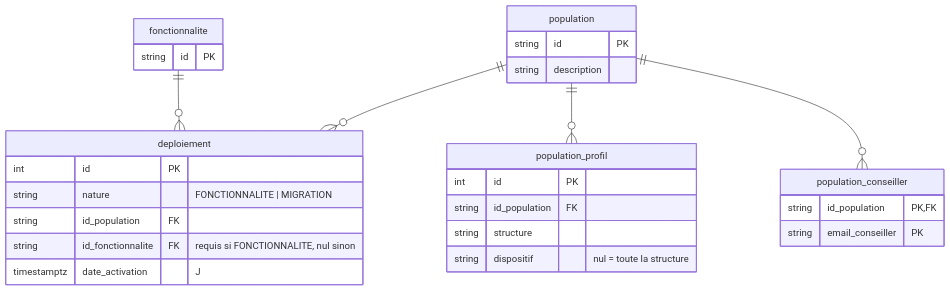
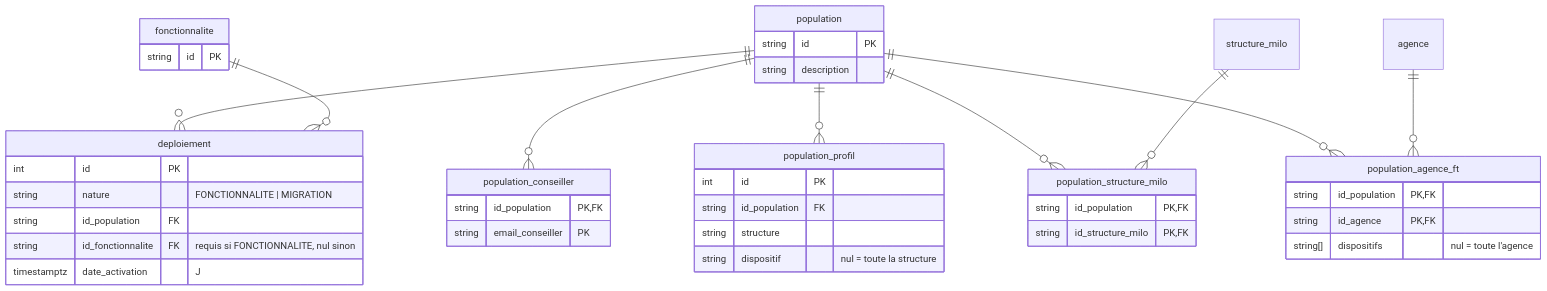
The diagram in docs/decisions/ADR-006-deploiements-fonctionnalites-migrations.md (France-Travail/pass-emploi-api), drawn with Mermaid before and after one commit. The commit also changed other lines of this file and 45 other files, not shown here.

````diff
--- a/docs/decisions/ADR-006-deploiements-fonctionnalites-migrations.md
+++ b/docs/decisions/ADR-006-deploiements-fonctionnalites-migrations.md
@@ -35,12 +36,18 @@
 ```mermaid
 erDiagram
     fonctionnalite { string id PK }
     population { string id PK  string description }
     population_conseiller { string id_population PK,FK  string email_conseiller PK }
     population_profil { int id PK  string id_population FK  string structure  string dispositif "nul = toute la structure" }
+    population_structure_milo { string id_population PK,FK  string id_structure_milo PK,FK }
+    population_agence_ft { string id_population PK,FK  string id_agence PK,FK  string[] dispositifs "nul = toute l'agence" }
     deploiement { int id PK  string nature "FONCTIONNALITE | MIGRATION"  string id_population FK  string id_fonctionnalite FK "requis si FONCTIONNALITE, nul sinon"  timestamptz date_activation "J" }
     population ||--o{ population_conseiller : ""
     population ||--o{ population_profil : ""
+    population ||--o{ population_structure_milo : ""
+    population ||--o{ population_agence_ft : ""
+    structure_milo ||--o{ population_structure_milo : ""
+    agence ||--o{ population_agence_ft : ""
     population ||--o{ deploiement : ""
     fonctionnalite ||--o{ deploiement : ""
 ```
````
